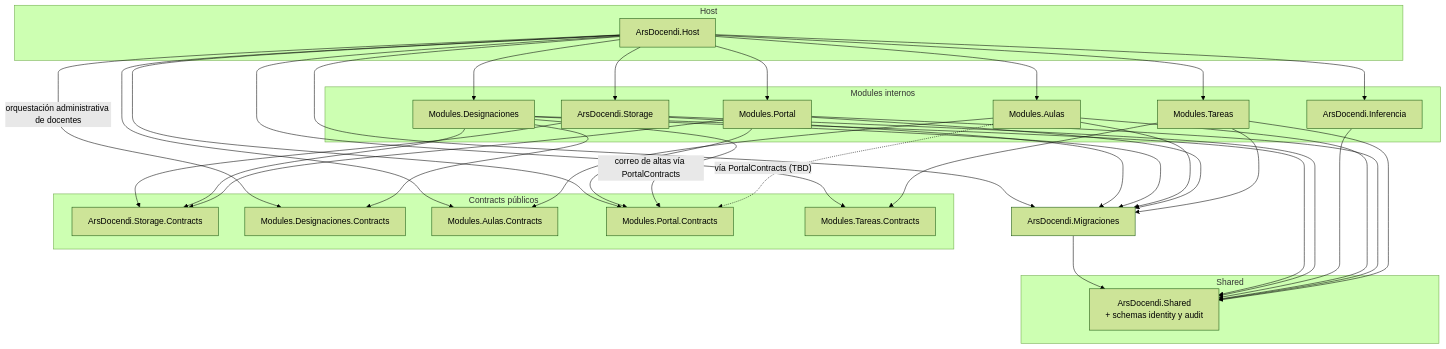
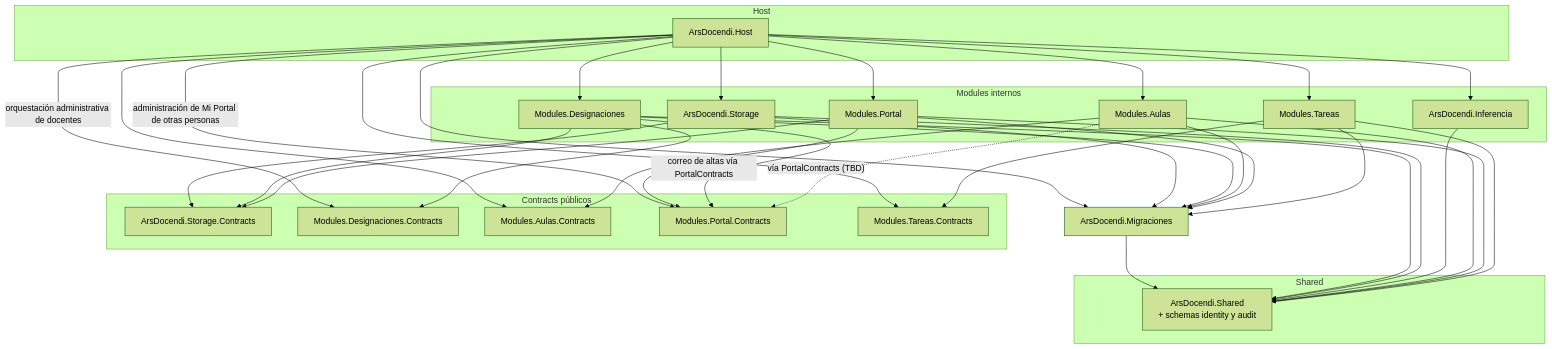
The diagram in docs/architecture/dependency-graph.md (Ars-Docendi/ars-docendi), drawn with Mermaid (forest theme) before and after one commit. The commit also changed 130 other files, not shown here.

````diff
--- a/docs/architecture/dependency-graph.md
+++ b/docs/architecture/dependency-graph.md
@@ -11,60 +11,60 @@
 ```mermaid
 flowchart TD
   subgraph host [Host]
     Host["ArsDocendi.Host"]
   end
   subgraph shared [Shared]
     Shared["ArsDocendi.Shared<br/>+ schemas identity y audit"]
   end
   subgraph contracts [Contracts públicos]
     StorageContracts["ArsDocendi.Storage.Contracts"]
     DesignacionesContracts["Modules.Designaciones.Contracts"]
     AulasContracts["Modules.Aulas.Contracts"]
     PortalContracts["Modules.Portal.Contracts"]
     TareasContracts["Modules.Tareas.Contracts"]
   end
   subgraph modules [Modules internos]
     Storage["ArsDocendi.Storage"]
     Inferencia["ArsDocendi.Inferencia"]
     Designaciones["Modules.Designaciones"]
     Aulas["Modules.Aulas"]
     Portal["Modules.Portal"]
     Tareas["Modules.Tareas"]
   end
 
   Host --> Migraciones["ArsDocendi.Migraciones"]
   Migraciones --> Shared
   Storage --> Migraciones
   Designaciones --> Migraciones
   Aulas --> Migraciones
   Portal --> Migraciones
   Tareas --> Migraciones
   Host --> Designaciones
   Host --> Storage
   Host --> Inferencia
   Host --> Aulas
   Host --> Portal
   Host --> Tareas
   Host -->|"orquestación administrativa de docentes"| DesignacionesContracts
   Host --> AulasContracts
-  Host --> PortalContracts
+  Host -->|"administración de Mi Portal de otras personas"| PortalContracts
   Host --> TareasContracts
 
   Designaciones --> Shared
   Storage --> Shared
   Inferencia --> Shared
   Aulas --> Shared
   Portal --> Shared
   Tareas --> Shared
 
   Designaciones --> DesignacionesContracts
   Storage --> StorageContracts
   Designaciones --> StorageContracts
   Aulas --> AulasContracts
   Portal --> PortalContracts
   Portal --> StorageContracts
   Tareas --> TareasContracts
 
   Designaciones -->|"correo de altas vía PortalContracts"| PortalContracts
   Aulas -.->|"vía PortalContracts (TBD)"| PortalContracts
 ```
````
